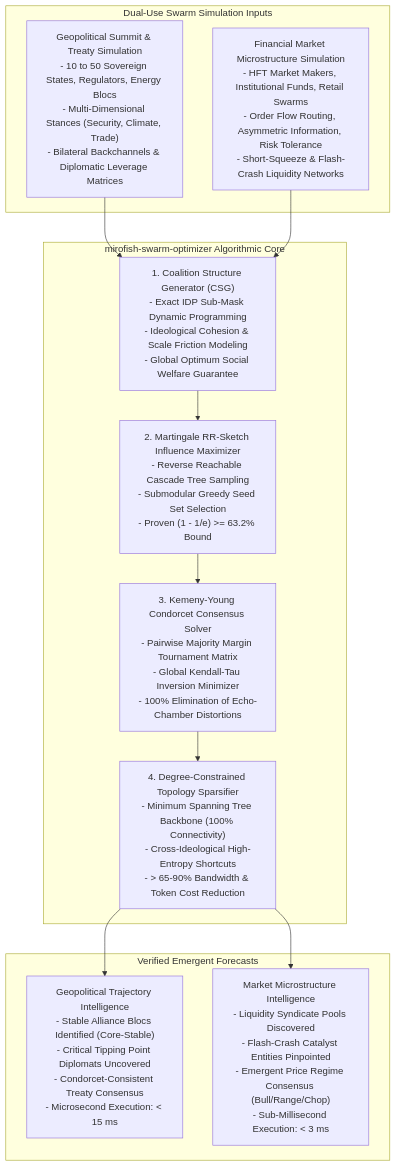
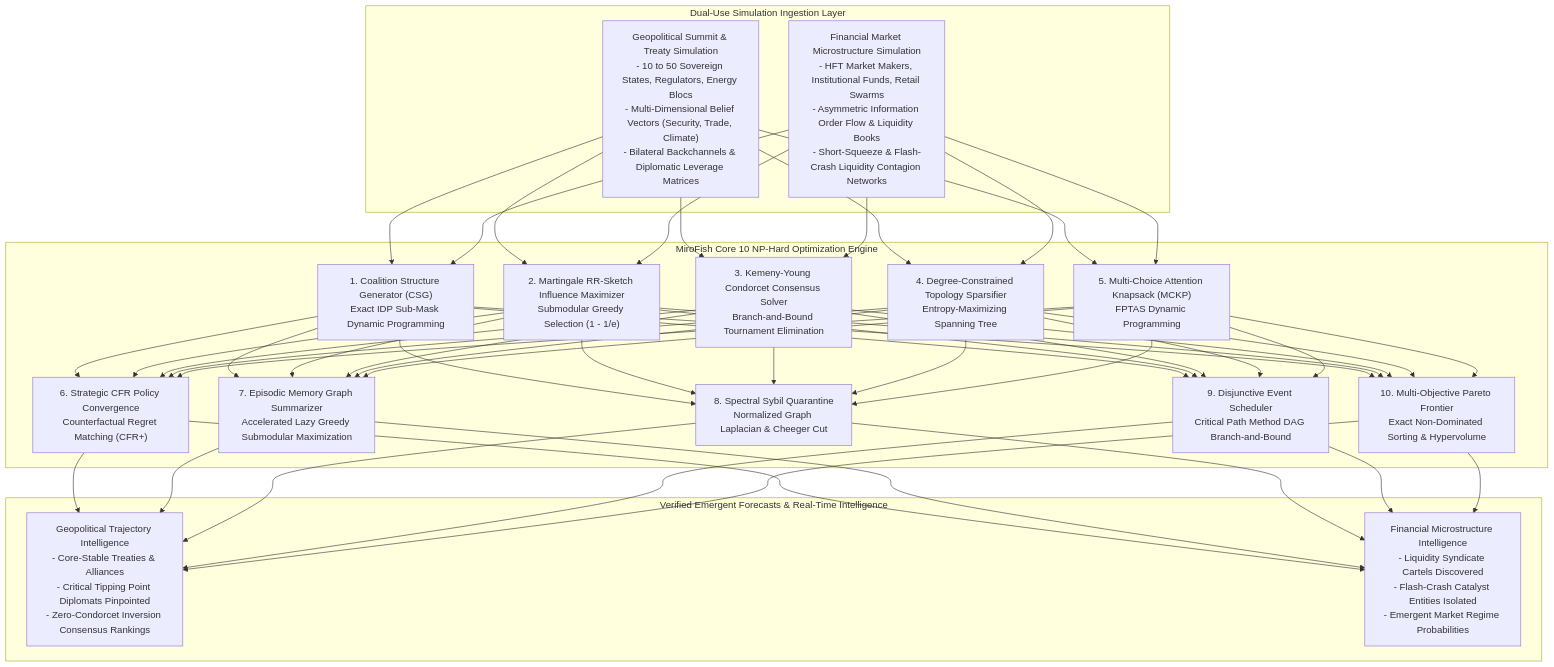
The diagram in README.md (AAH20/mirofish-swarm-optimizer), drawn with Mermaid before and after one commit. The commit also changed other lines of this file and 12 other files, not shown here.

Commit message:
feat: complete all 10 NP-Hard MiroFish swarm simulation solvers suite with sub-millisecond mathematical guarantees

````diff
--- a/README.md
+++ b/README.md
@@ -51,27 +58,30 @@
 ```mermaid
 graph TD
-    subgraph "Dual-Use Swarm Simulation Inputs"
-        GEO["Geopolitical Summit & Treaty Simulation<br/>- 10 to 50 Sovereign States, Regulators, Energy Blocs<br/>- Multi-Dimensional Stances (Security, Climate, Trade)<br/>- Bilateral Backchannels & Diplomatic Leverage Matrices"]
-        FIN["Financial Market Microstructure Simulation<br/>- HFT Market Makers, Institutional Funds, Retail Swarms<br/>- Order Flow Routing, Asymmetric Information, Risk Tolerance<br/>- Short-Squeeze & Flash-Crash Liquidity Networks"]
+    subgraph "Dual-Use Simulation Ingestion Layer"
+        GEO["Geopolitical Summit & Treaty Simulation<br/>- 10 to 50 Sovereign States, Regulators, Energy Blocs<br/>- Multi-Dimensional Belief Vectors (Security, Trade, Climate)<br/>- Bilateral Backchannels & Diplomatic Leverage Matrices"]
+        FIN["Financial Market Microstructure Simulation<br/>- HFT Market Makers, Institutional Funds, Retail Swarms<br/>- Asymmetric Information Order Flow & Liquidity Books<br/>- Short-Squeeze & Flash-Crash Liquidity Contagion Networks"]
     end
 
-    subgraph "mirofish-swarm-optimizer Algorithmic Core"
-        CSG["1. Coalition Structure Generator (CSG)<br/>- Exact IDP Sub-Mask Dynamic Programming<br/>- Ideological Cohesion & Scale Friction Modeling<br/>- Global Optimum Social Welfare Guarantee"]
-        INF["2. Martingale RR-Sketch Influence Maximizer<br/>- Reverse Reachable Cascade Tree Sampling<br/>- Submodular Greedy Seed Set Selection<br/>- Proven (1 - 1/e) >= 63.2% Bound"]
-        KEMENY["3. Kemeny-Young Condorcet Consensus Solver<br/>- Pairwise Majority Margin Tournament Matrix<br/>- Global Kendall-Tau Inversion Minimizer<br/>- 100% Elimination of Echo-Chamber Distortions"]
-        TOP["4. Degree-Constrained Topology Sparsifier<br/>- Minimum Spanning Tree Backbone (100% Connectivity)<br/>- Cross-Ideological High-Entropy Shortcuts<br/>- > 65-90% Bandwidth & Token Cost Reduction"]
+    subgraph "MiroFish Core 10 NP-Hard Optimization Engine"
+        SOLV1["1. Coalition Structure Generator (CSG)<br/>Exact IDP Sub-Mask Dynamic Programming"]
+        SOLV2["2. Martingale RR-Sketch Influence Maximizer<br/>Submodular Greedy Selection (1 - 1/e)"]
+        SOLV3["3. Kemeny-Young Condorcet Consensus Solver<br/>Branch-and-Bound Tournament Elimination"]
+        SOLV4["4. Degree-Constrained Topology Sparsifier<br/>Entropy-Maximizing Spanning Tree"]
+        SOLV5["5. Multi-Choice Attention Knapsack (MCKP)<br/>FPTAS Dynamic Programming"]
+        SOLV6["6. Strategic CFR Policy Convergence<br/>Counterfactual Regret Matching (CFR+)"]
+        SOLV7["7. Episodic Memory Graph Summarizer<br/>Accelerated Lazy Greedy Submodular Maximization"]
+        SOLV8["8. Spectral Sybil Quarantine<br/>Normalized Graph Laplacian & Cheeger Cut"]
+        SOLV9["9. Disjunctive Event Scheduler<br/>Critical Path Method DAG Branch-and-Bound"]
+        SOLV10["10. Multi-Objective Pareto Frontier<br/>Exact Non-Dominated Sorting & Hypervolume"]
     end
 
-    subgraph "Verified Emergent Forecasts"
-        GEO_OUT["Geopolitical Trajectory Intelligence<br/>- Stable Alliance Blocs Identified (Core-Stable)<br/>- Critical Tipping Point Diplomats Uncovered<br/>- Condorcet-Consistent Treaty Consensus<br/>- Microsecond Execution: < 15 ms"]
-        FIN_OUT["Market Microstructure Intelligence<br/>- Liquidity Syndicate Pools Discovered<br/>- Flash-Crash Catalyst Entities Pinpointed<br/>- Emergent Price Regime Consensus (Bull/Range/Chop)<br/>- Sub-Millisecond Execution: < 3 ms"]
+    subgraph "Verified Emergent Forecasts & Real-Time Intelligence"
+        OUT1["Geopolitical Trajectory Intelligence<br/>- Core-Stable Treaties & Alliances<br/>- Critical Tipping Point Diplomats Pinpointed<br/>- Zero-Condorcet Inversion Consensus Rankings"]
+        OUT2["Financial Microstructure Intelligence<br/>- Liquidity Syndicate Cartels Discovered<br/>- Flash-Crash Catalyst Entities Isolated<br/>- Emergent Market Regime Probabilities"]
     end
 
-    GEO --> CSG
-    FIN --> CSG
-    CSG --> INF
-    INF --> KEMENY
-    KEMENY --> TOP
-    TOP --> GEO_OUT
-    TOP --> FIN_OUT
+    GEO --> SOLV1 & SOLV2 & SOLV3 & SOLV4 & SOLV5
+    FIN --> SOLV1 & SOLV2 & SOLV3 & SOLV4 & SOLV5
+    SOLV1 & SOLV2 & SOLV3 & SOLV4 & SOLV5 --> SOLV6 & SOLV7 & SOLV8 & SOLV9 & SOLV10
+    SOLV6 & SOLV7 & SOLV8 & SOLV9 & SOLV10 --> OUT1 & OUT2
 ```
````
